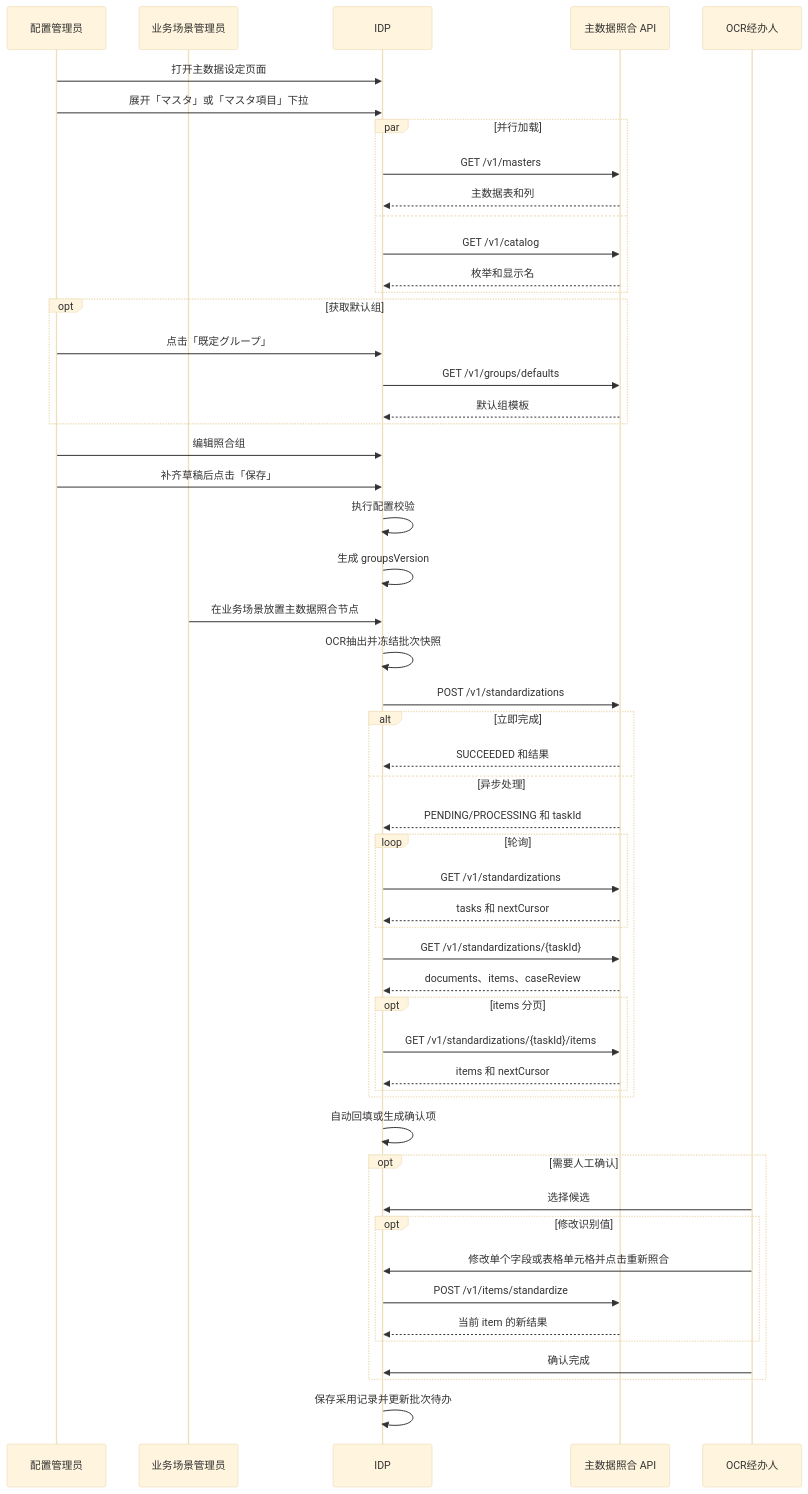
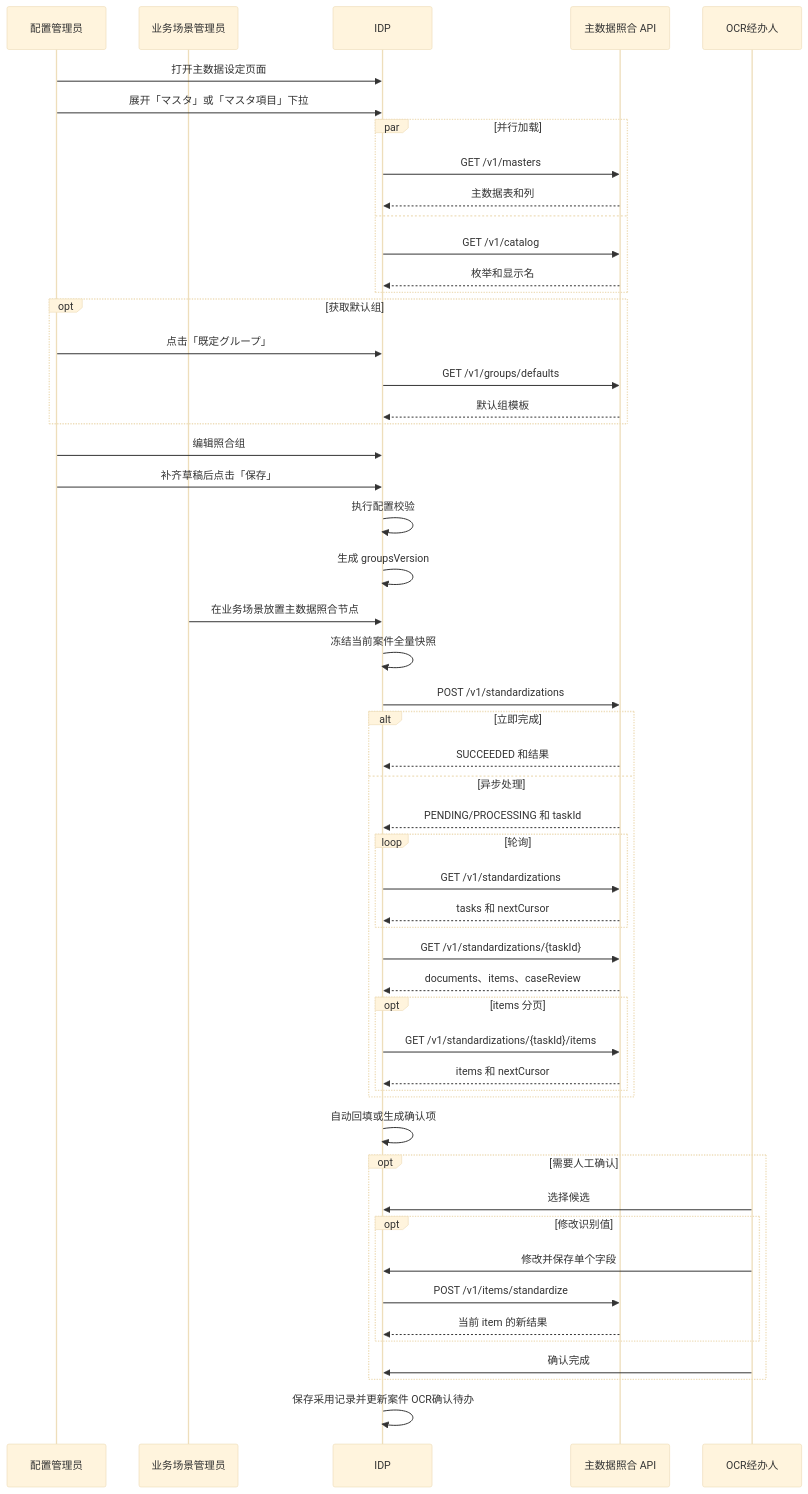
Before and after one commit to aruirage/IDP-Ph4-Master-Demo-PRD: the ninth of 9 diagrams in PRD.zh-CN.md, drawn with Mermaid (base theme). The commit also changed other lines of this file and 24 other files, not shown here.

````diff
--- a/PRD.zh-CN.md
+++ b/PRD.zh-CN.md
@@ -1527,57 +1390,57 @@
 ```mermaid
 sequenceDiagram
     participant Admin as 配置管理员
     participant Scene as 业务场景管理员
     participant IDP as IDP
     participant API as 主数据照合 API
     participant User as OCR经办人
 
     Admin->>IDP: 打开主数据设定页面
     Admin->>IDP: 展开「マスタ」或「マスタ項目」下拉
     par 并行加载
         IDP->>API: GET /v1/masters
         API-->>IDP: 主数据表和列
     and
         IDP->>API: GET /v1/catalog
         API-->>IDP: 枚举和显示名
     end
     opt 获取默认组
         Admin->>IDP: 点击「既定グループ」
         IDP->>API: GET /v1/groups/defaults
         API-->>IDP: 默认组模板
     end
     Admin->>IDP: 编辑照合组
     Admin->>IDP: 补齐草稿后点击「保存」
     IDP->>IDP: 执行配置校验
     IDP->>IDP: 生成 groupsVersion
 
     Scene->>IDP: 在业务场景放置主数据照合节点
-    IDP->>IDP: OCR抽出并冻结批次快照
+    IDP->>IDP: 冻结当前案件全量快照
     IDP->>API: POST /v1/standardizations
     alt 立即完成
         API-->>IDP: SUCCEEDED 和结果
     else 异步处理
         API-->>IDP: PENDING/PROCESSING 和 taskId
         loop 轮询
             IDP->>API: GET /v1/standardizations
             API-->>IDP: tasks 和 nextCursor
         end
         IDP->>API: GET /v1/standardizations/{taskId}
         API-->>IDP: documents、items、caseReview
         opt items 分页
             IDP->>API: GET /v1/standardizations/{taskId}/items
             API-->>IDP: items 和 nextCursor
         end
     end
     IDP->>IDP: 自动回填或生成确认项
     opt 需要人工确认
         User->>IDP: 选择候选
         opt 修改识别值
-            User->>IDP: 修改单个字段或表格单元格并点击重新照合
+            User->>IDP: 修改并保存单个字段
             IDP->>API: POST /v1/items/standardize
             API-->>IDP: 当前 item 的新结果
         end
         User->>IDP: 确认完成
     end
-    IDP->>IDP: 保存采用记录并更新批次待办
+    IDP->>IDP: 保存采用记录并更新案件 OCR确认待办
 ```
````
